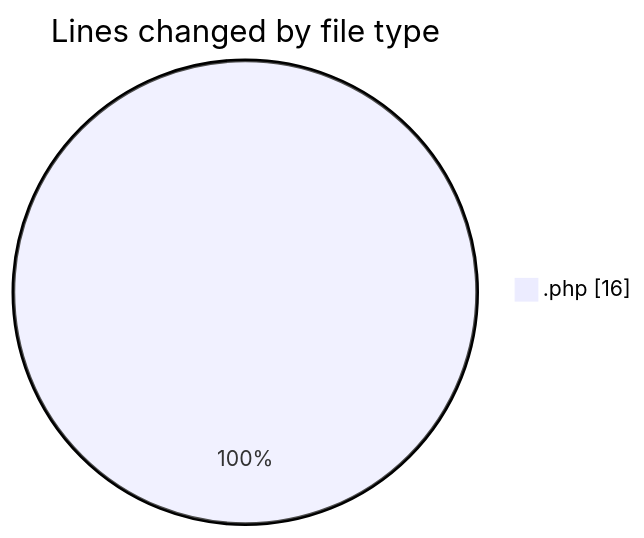
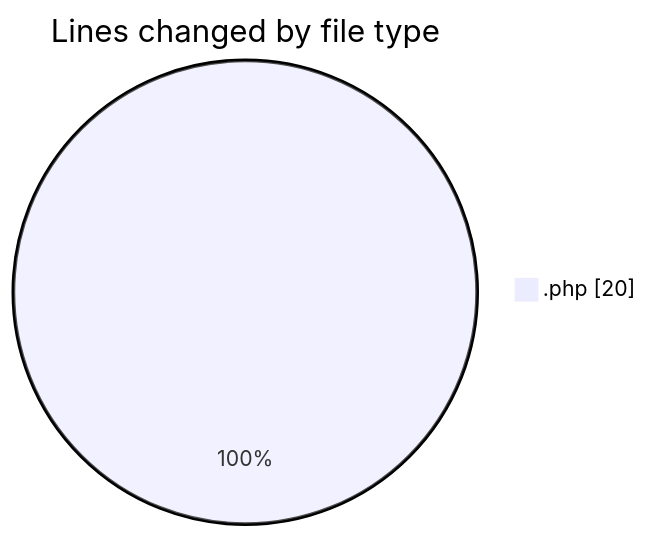
Before and after one commit to LanceThiago/code-tracking: the first of 2 diagrams in 2025-11-12/web/README.md, drawn with Mermaid. The commit also changed other lines of this file and 1 other file, not shown here.

````diff
--- a/2025-11-12/web/README.md
+++ b/2025-11-12/web/README.md
@@ -20,5 +20,5 @@
 ```mermaid
 pie showData
 title Lines changed by file type
-".php" : 16
+".php" : 20
 ```
````
